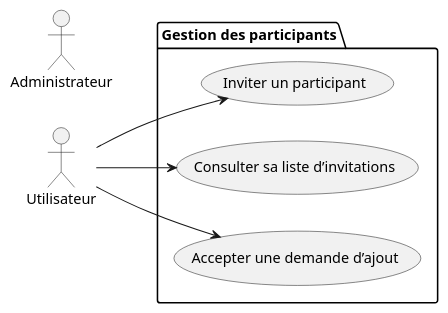
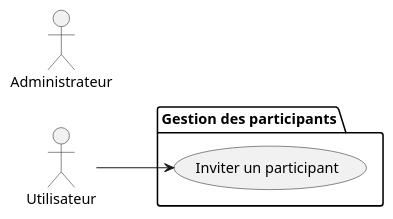
One commit to lmtb06/sharecount changed the diagram in diagrammes/specification/cas-utilisation/package-gestiondesparticipants.puml. Above: the diagram before and after it, drawn with PlantUML. The commit also changed 5 other files, not shown here.

Commit message:
Ajout de la gestion de notification deans les diagrammes de package

```diff
--- a/diagrammes/specification/cas-utilisation/package-gestiondesparticipants.puml
+++ b/diagrammes/specification/cas-utilisation/package-gestiondesparticipants.puml
@@ -1,18 +1,14 @@
 @startuml Cas utilisation - Gestion des participants
 left to right direction
 
 actor "Utilisateur" as User
 
 actor "Administrateur" as Admin
 
 package "Gestion des participants"{
 	usecase "Inviter un participant" as iup
-	usecase "Consulter sa liste d’invitations" as csli
-	usecase "Accepter une demande d’ajout" as auda
 }
 
 User --> iup
-User --> csli
-User --> auda
 
 @enduml
```
